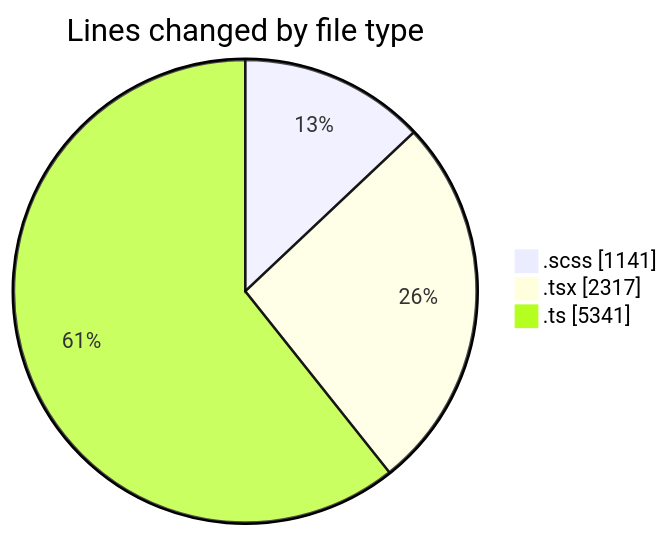
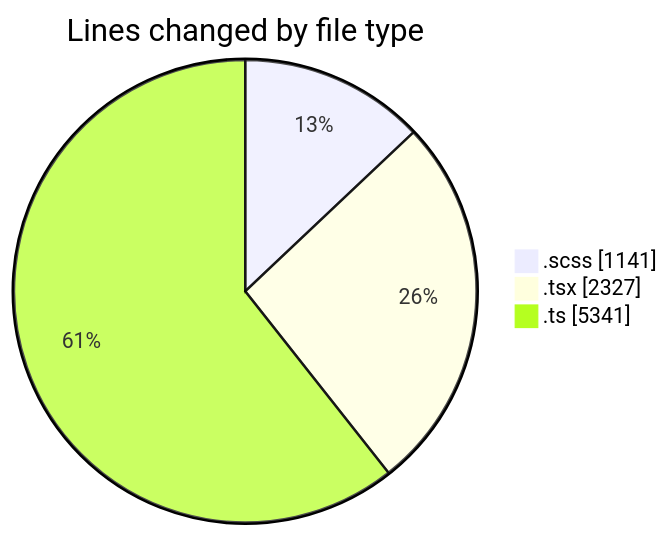
Before and after one commit to momahboobian/code-tracking: the first of 2 diagrams in 2025-03-28/cda/README.md, drawn with Mermaid. The commit also changed other lines of this file and 1 other file, not shown here.

````diff
--- a/2025-03-28/cda/README.md
+++ b/2025-03-28/cda/README.md
@@ -36,7 +36,7 @@
 ```mermaid
 pie showData
 title Lines changed by file type
 ".scss" : 1141
-".tsx" : 2317
+".tsx" : 2327
 ".ts" : 5341
 ```
````
